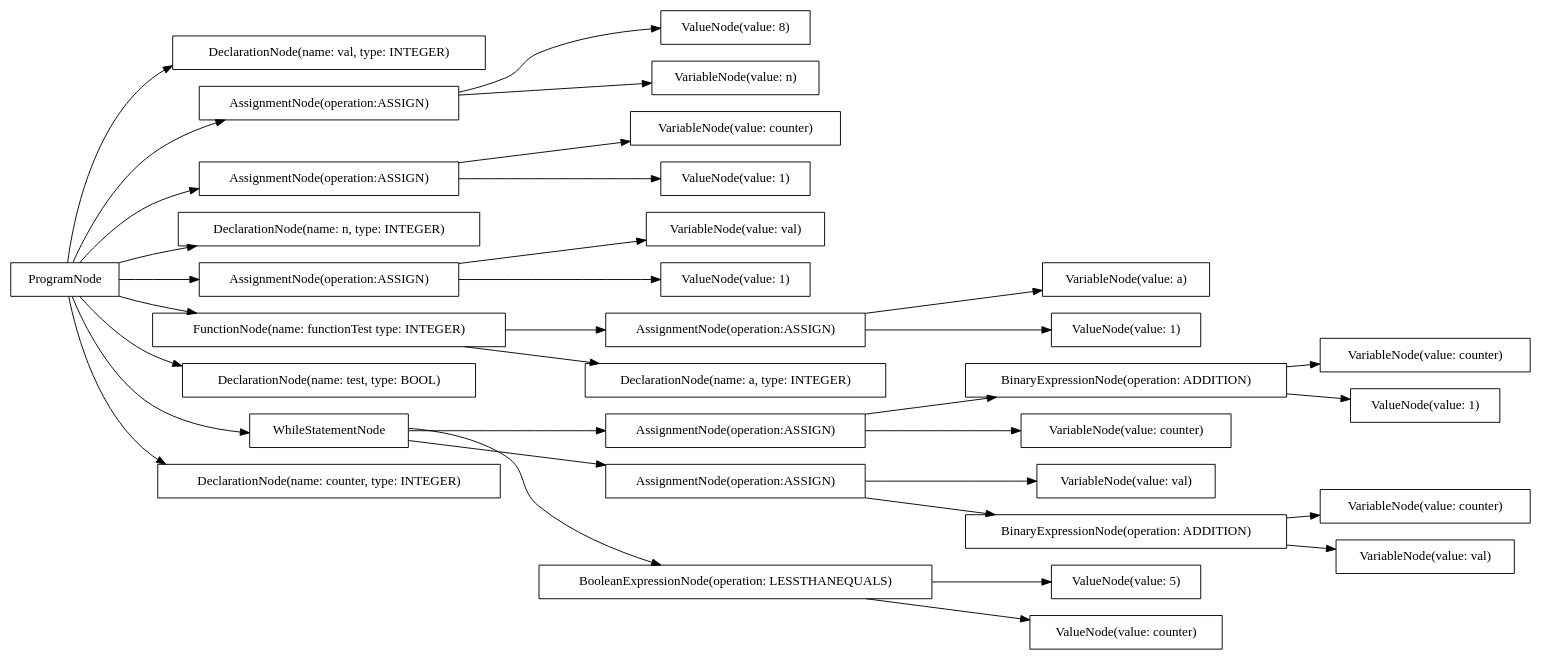
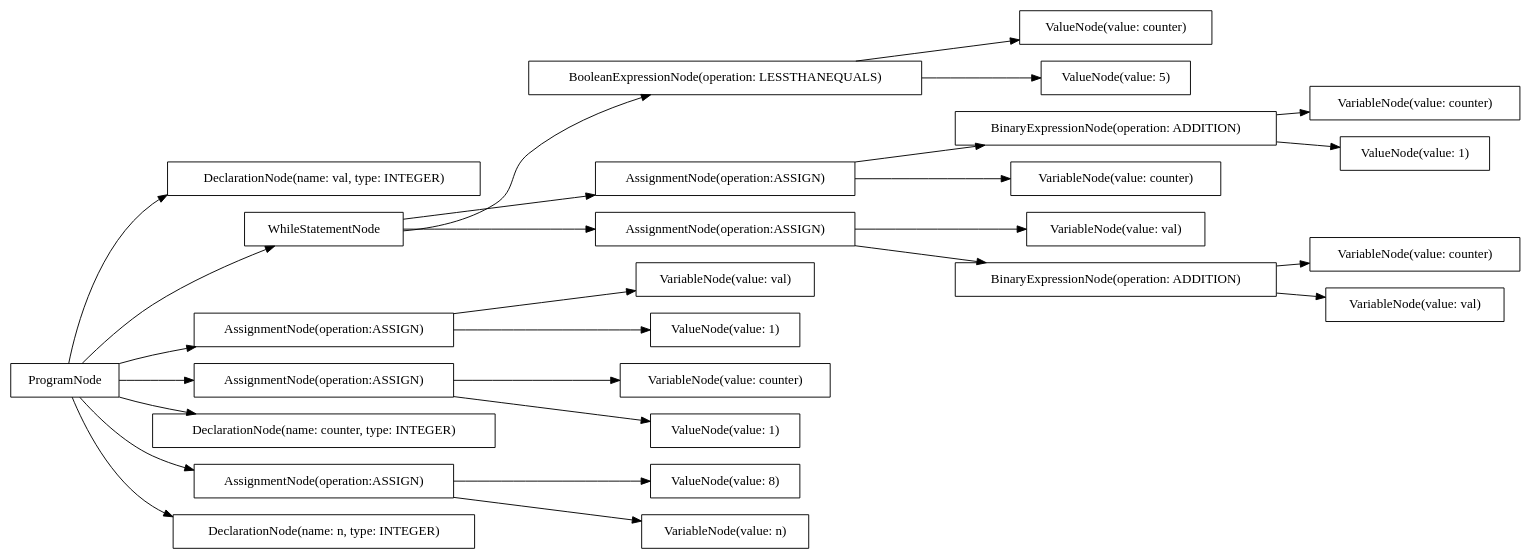
One commit to AtLeastITry/ANTLR-Python-Compiler changed the diagram in src/output/dot/factorial.dot. Above: the diagram before and after it, drawn with Graphviz. The commit also changed 10 other files, not shown here.

```diff
--- a/src/output/dot/factorial.dot
+++ b/src/output/dot/factorial.dot
@@ -1,68 +1,56 @@
 digraph G {
 rankdir=LR
-"a6aae42f-f2d4-47e8-8720-0b60cbef6cd6" [label="VariableNode(value: counter)" shape="box"];
-"dba567da-0796-49ac-bfee-46a8832f21a8" [label="AssignmentNode(operation:ASSIGN)" shape="box"];
-"9562c9d7-33f7-436f-b0fd-26cb10ce90d0" [label="DeclarationNode(name: a, type: INTEGER)" shape="box"];
-"b8f59734-86a3-42f4-a3df-2173dc5e8961" [label="VariableNode(value: val)" shape="box"];
-"d1224dda-33b8-4154-9330-8b6b8f9753d0" [label="AssignmentNode(operation:ASSIGN)" shape="box"];
-"1ef46520-9207-446d-8b92-294060ec34ca" [label="DeclarationNode(name: val, type: INTEGER)" shape="box"];
-"7a727f00-e200-4d1e-9d38-235305080884" [label="VariableNode(value: counter)" shape="box"];
-"2ca65ab7-af0a-430d-8fd9-dc7cb6f053cf" [label="AssignmentNode(operation:ASSIGN)" shape="box"];
-"bceeac9a-6efc-4092-b18b-98ac20b02f41" [label="VariableNode(value: val)" shape="box"];
-"243c51b7-8fda-411d-882a-c39b46f14ec1" [label="AssignmentNode(operation:ASSIGN)" shape="box"];
-"93b3dc79-7d9d-469c-8513-246103486661" [label="VariableNode(value: counter)" shape="box"];
-"6defaf14-cebd-4363-9f88-3fb8053e54be" [label="AssignmentNode(operation:ASSIGN)" shape="box"];
-"dad57ef6-b611-42f3-b7d8-be2dfa8e8eec" [label="ValueNode(value: 5)" shape="box"];
-"0aaad97c-e106-42b9-b808-637a9ef1e933" [label="BinaryExpressionNode(operation: ADDITION)" shape="box"];
-"d4b9233b-3b8b-4d69-b1df-8c3e80188cc4" [label="ValueNode(value: 1)" shape="box"];
-"8e8168ca-5d1b-4629-ba4f-aeb0cc6eb1b7" [label="ValueNode(value: 8)" shape="box"];
-"2eeb7d9b-212f-429c-883c-13d418d4e61e" [label="VariableNode(value: a)" shape="box"];
-"284975a5-097c-4ce4-90ec-ce14b44d5b20" [label="ValueNode(value: 1)" shape="box"];
-"15d20879-5de4-4d49-b023-6ee0ae36a5d0" [label="BooleanExpressionNode(operation: LESSTHANEQUALS)" shape="box"];
-"e8f10aac-44ed-4133-abf1-fad904dd2c53" [label="ProgramNode" shape="box"];
-"44fb4525-0d5e-447d-a8eb-9368a086b610" [label="DeclarationNode(name: n, type: INTEGER)" shape="box"];
-"f9bece92-9128-4cf9-a38c-813c55527ef7" [label="VariableNode(value: counter)" shape="box"];
-"dbc70028-a4f8-43d4-8951-33284d140bc5" [label="ValueNode(value: 1)" shape="box"];
-"36da140f-a06a-4caf-9fde-e04e6080442c" [label="BinaryExpressionNode(operation: ADDITION)" shape="box"];
-"abe0edd1-ff05-4dde-b08f-c194ca86d6d9" [label="VariableNode(value: val)" shape="box"];
-"4ad25164-9c69-419f-81ab-6854030abbc5" [label="AssignmentNode(operation:ASSIGN)" shape="box"];
-"daf774b6-4119-4e2d-9659-f4e5b700de7b" [label="ValueNode(value: 1)" shape="box"];
-"a6084420-0082-47ec-a057-3fec57def397" [label="FunctionNode(name: functionTest type: INTEGER)" shape="box"];
-"20e18148-7553-4059-a172-fc657017c157" [label="VariableNode(value: n)" shape="box"];
-"576cd115-a578-450c-8348-ba79801b1d11" [label="DeclarationNode(name: test, type: BOOL)" shape="box"];
-"5ef29d01-216c-4f48-8d22-49bac4be0308" [label="WhileStatementNode" shape="box"];
-"f5b3269d-2ae6-49b6-ba87-7b6f2aa2ec4d" [label="ValueNode(value: counter)" shape="box"];
-"5383793b-18af-4e12-818c-b228a0cf6651" [label="DeclarationNode(name: counter, type: INTEGER)" shape="box"];
-"e8f10aac-44ed-4133-abf1-fad904dd2c53" -> "44fb4525-0d5e-447d-a8eb-9368a086b610";
-"e8f10aac-44ed-4133-abf1-fad904dd2c53" -> "1ef46520-9207-446d-8b92-294060ec34ca";
-"e8f10aac-44ed-4133-abf1-fad904dd2c53" -> "5383793b-18af-4e12-818c-b228a0cf6651";
-"e8f10aac-44ed-4133-abf1-fad904dd2c53" -> "576cd115-a578-450c-8348-ba79801b1d11";
-"e8f10aac-44ed-4133-abf1-fad904dd2c53" -> "a6084420-0082-47ec-a057-3fec57def397";
-"a6084420-0082-47ec-a057-3fec57def397" -> "9562c9d7-33f7-436f-b0fd-26cb10ce90d0";
-"a6084420-0082-47ec-a057-3fec57def397" -> "dba567da-0796-49ac-bfee-46a8832f21a8";
-"dba567da-0796-49ac-bfee-46a8832f21a8" -> "2eeb7d9b-212f-429c-883c-13d418d4e61e";
-"dba567da-0796-49ac-bfee-46a8832f21a8" -> "daf774b6-4119-4e2d-9659-f4e5b700de7b";
-"e8f10aac-44ed-4133-abf1-fad904dd2c53" -> "2ca65ab7-af0a-430d-8fd9-dc7cb6f053cf";
-"2ca65ab7-af0a-430d-8fd9-dc7cb6f053cf" -> "20e18148-7553-4059-a172-fc657017c157";
-"2ca65ab7-af0a-430d-8fd9-dc7cb6f053cf" -> "8e8168ca-5d1b-4629-ba4f-aeb0cc6eb1b7";
-"e8f10aac-44ed-4133-abf1-fad904dd2c53" -> "4ad25164-9c69-419f-81ab-6854030abbc5";
-"4ad25164-9c69-419f-81ab-6854030abbc5" -> "b8f59734-86a3-42f4-a3df-2173dc5e8961";
-"4ad25164-9c69-419f-81ab-6854030abbc5" -> "284975a5-097c-4ce4-90ec-ce14b44d5b20";
-"e8f10aac-44ed-4133-abf1-fad904dd2c53" -> "6defaf14-cebd-4363-9f88-3fb8053e54be";
-"6defaf14-cebd-4363-9f88-3fb8053e54be" -> "93b3dc79-7d9d-469c-8513-246103486661";
-"6defaf14-cebd-4363-9f88-3fb8053e54be" -> "dbc70028-a4f8-43d4-8951-33284d140bc5";
-"e8f10aac-44ed-4133-abf1-fad904dd2c53" -> "5ef29d01-216c-4f48-8d22-49bac4be0308";
-"5ef29d01-216c-4f48-8d22-49bac4be0308" -> "15d20879-5de4-4d49-b023-6ee0ae36a5d0";
-"15d20879-5de4-4d49-b023-6ee0ae36a5d0" -> "f5b3269d-2ae6-49b6-ba87-7b6f2aa2ec4d";
-"15d20879-5de4-4d49-b023-6ee0ae36a5d0" -> "dad57ef6-b611-42f3-b7d8-be2dfa8e8eec";
-"5ef29d01-216c-4f48-8d22-49bac4be0308" -> "243c51b7-8fda-411d-882a-c39b46f14ec1";
-"243c51b7-8fda-411d-882a-c39b46f14ec1" -> "bceeac9a-6efc-4092-b18b-98ac20b02f41";
-"243c51b7-8fda-411d-882a-c39b46f14ec1" -> "36da140f-a06a-4caf-9fde-e04e6080442c";
-"36da140f-a06a-4caf-9fde-e04e6080442c" -> "abe0edd1-ff05-4dde-b08f-c194ca86d6d9";
-"36da140f-a06a-4caf-9fde-e04e6080442c" -> "a6aae42f-f2d4-47e8-8720-0b60cbef6cd6";
-"5ef29d01-216c-4f48-8d22-49bac4be0308" -> "d1224dda-33b8-4154-9330-8b6b8f9753d0";
-"d1224dda-33b8-4154-9330-8b6b8f9753d0" -> "f9bece92-9128-4cf9-a38c-813c55527ef7";
-"d1224dda-33b8-4154-9330-8b6b8f9753d0" -> "0aaad97c-e106-42b9-b808-637a9ef1e933";
-"0aaad97c-e106-42b9-b808-637a9ef1e933" -> "7a727f00-e200-4d1e-9d38-235305080884";
-"0aaad97c-e106-42b9-b808-637a9ef1e933" -> "d4b9233b-3b8b-4d69-b1df-8c3e80188cc4";
+"96624121-0245-4895-ad3a-69eb0dd04d92" [label="BinaryExpressionNode(operation: ADDITION)" shape="box"];
+"724bbd2a-6abe-4389-9d9c-9d8c7b980e19" [label="DeclarationNode(name: val, type: INTEGER)" shape="box"];
+"7706da05-4fff-4877-84f8-749181a97102" [label="VariableNode(value: counter)" shape="box"];
+"c5bbeda0-c931-4da7-93a1-937af87920a2" [label="VariableNode(value: val)" shape="box"];
+"ad0539e0-49fd-4b35-a1c9-2f3774700eed" [label="ValueNode(value: counter)" shape="box"];
+"c57edc16-0348-48fb-8336-5af038898f5b" [label="ValueNode(value: 5)" shape="box"];
+"e9d87eed-0169-42f9-af99-2fe392a396ef" [label="WhileStatementNode" shape="box"];
+"a605ee04-e7d2-46fa-94e0-59bef388aceb" [label="VariableNode(value: counter)" shape="box"];
+"9f2c3751-6a9a-401a-b1e4-8ae0652765c8" [label="BooleanExpressionNode(operation: LESSTHANEQUALS)" shape="box"];
+"e6d9039b-ff74-4303-9c97-bc45f5113eae" [label="AssignmentNode(operation:ASSIGN)" shape="box"];
+"0ed8085a-49bd-4146-bd32-94e65f0529b0" [label="VariableNode(value: val)" shape="box"];
+"55a2bed0-aef9-4dfe-aa1f-f29c40bd1c51" [label="ValueNode(value: 8)" shape="box"];
+"7eac445a-e291-4b4d-bf01-3ff1e33c8e3a" [label="VariableNode(value: n)" shape="box"];
+"dc8f9693-b33a-4272-bc77-af4d780112f3" [label="VariableNode(value: val)" shape="box"];
+"21fd9d6a-b80e-4cb8-b8bc-2f8baafd1709" [label="VariableNode(value: counter)" shape="box"];
+"b0028f8e-3feb-47d1-a937-ee16c570158e" [label="AssignmentNode(operation:ASSIGN)" shape="box"];
+"ccb28f3f-9ca3-47e5-a1db-9570bf791733" [label="ValueNode(value: 1)" shape="box"];
+"3964ef04-b8c6-4722-b31d-7930233dc6fa" [label="AssignmentNode(operation:ASSIGN)" shape="box"];
+"16057fed-e738-4b10-b4fc-20f12da98f15" [label="ValueNode(value: 1)" shape="box"];
+"428d9553-69e5-4db0-b75a-bd7fcffe2b24" [label="DeclarationNode(name: counter, type: INTEGER)" shape="box"];
+"3d2f680a-ac65-428b-95f4-e6308f69ccd2" [label="AssignmentNode(operation:ASSIGN)" shape="box"];
+"04c4feae-8260-4df9-bc1b-ab857c06895c" [label="VariableNode(value: counter)" shape="box"];
+"65af8aae-63df-4ef4-98e3-7adae0f0991b" [label="ProgramNode" shape="box"];
+"bc042c55-fa4e-41a7-a0d5-9e8d8caf8eb7" [label="ValueNode(value: 1)" shape="box"];
+"210d66d2-c091-4c3e-a965-9c67c58d3a05" [label="BinaryExpressionNode(operation: ADDITION)" shape="box"];
+"1c655b90-fba3-4e16-bbcb-b797f3394a18" [label="AssignmentNode(operation:ASSIGN)" shape="box"];
+"e68df461-83d8-41a7-ad34-a9d6e20ee480" [label="DeclarationNode(name: n, type: INTEGER)" shape="box"];
+"65af8aae-63df-4ef4-98e3-7adae0f0991b" -> "e68df461-83d8-41a7-ad34-a9d6e20ee480";
+"65af8aae-63df-4ef4-98e3-7adae0f0991b" -> "724bbd2a-6abe-4389-9d9c-9d8c7b980e19";
+"65af8aae-63df-4ef4-98e3-7adae0f0991b" -> "428d9553-69e5-4db0-b75a-bd7fcffe2b24";
+"65af8aae-63df-4ef4-98e3-7adae0f0991b" -> "3d2f680a-ac65-428b-95f4-e6308f69ccd2";
+"3d2f680a-ac65-428b-95f4-e6308f69ccd2" -> "7eac445a-e291-4b4d-bf01-3ff1e33c8e3a";
+"3d2f680a-ac65-428b-95f4-e6308f69ccd2" -> "55a2bed0-aef9-4dfe-aa1f-f29c40bd1c51";
+"65af8aae-63df-4ef4-98e3-7adae0f0991b" -> "e6d9039b-ff74-4303-9c97-bc45f5113eae";
+"e6d9039b-ff74-4303-9c97-bc45f5113eae" -> "c5bbeda0-c931-4da7-93a1-937af87920a2";
+"e6d9039b-ff74-4303-9c97-bc45f5113eae" -> "bc042c55-fa4e-41a7-a0d5-9e8d8caf8eb7";
+"65af8aae-63df-4ef4-98e3-7adae0f0991b" -> "3964ef04-b8c6-4722-b31d-7930233dc6fa";
+"3964ef04-b8c6-4722-b31d-7930233dc6fa" -> "a605ee04-e7d2-46fa-94e0-59bef388aceb";
+"3964ef04-b8c6-4722-b31d-7930233dc6fa" -> "ccb28f3f-9ca3-47e5-a1db-9570bf791733";
+"65af8aae-63df-4ef4-98e3-7adae0f0991b" -> "e9d87eed-0169-42f9-af99-2fe392a396ef";
+"e9d87eed-0169-42f9-af99-2fe392a396ef" -> "9f2c3751-6a9a-401a-b1e4-8ae0652765c8";
+"9f2c3751-6a9a-401a-b1e4-8ae0652765c8" -> "ad0539e0-49fd-4b35-a1c9-2f3774700eed";
+"9f2c3751-6a9a-401a-b1e4-8ae0652765c8" -> "c57edc16-0348-48fb-8336-5af038898f5b";
+"e9d87eed-0169-42f9-af99-2fe392a396ef" -> "1c655b90-fba3-4e16-bbcb-b797f3394a18";
+"1c655b90-fba3-4e16-bbcb-b797f3394a18" -> "dc8f9693-b33a-4272-bc77-af4d780112f3";
+"1c655b90-fba3-4e16-bbcb-b797f3394a18" -> "210d66d2-c091-4c3e-a965-9c67c58d3a05";
+"210d66d2-c091-4c3e-a965-9c67c58d3a05" -> "0ed8085a-49bd-4146-bd32-94e65f0529b0";
+"210d66d2-c091-4c3e-a965-9c67c58d3a05" -> "7706da05-4fff-4877-84f8-749181a97102";
+"e9d87eed-0169-42f9-af99-2fe392a396ef" -> "b0028f8e-3feb-47d1-a937-ee16c570158e";
+"b0028f8e-3feb-47d1-a937-ee16c570158e" -> "04c4feae-8260-4df9-bc1b-ab857c06895c";
+"b0028f8e-3feb-47d1-a937-ee16c570158e" -> "96624121-0245-4895-ad3a-69eb0dd04d92";
+"96624121-0245-4895-ad3a-69eb0dd04d92" -> "21fd9d6a-b80e-4cb8-b8bc-2f8baafd1709";
+"96624121-0245-4895-ad3a-69eb0dd04d92" -> "16057fed-e738-4b10-b4fc-20f12da98f15";
 }
```
